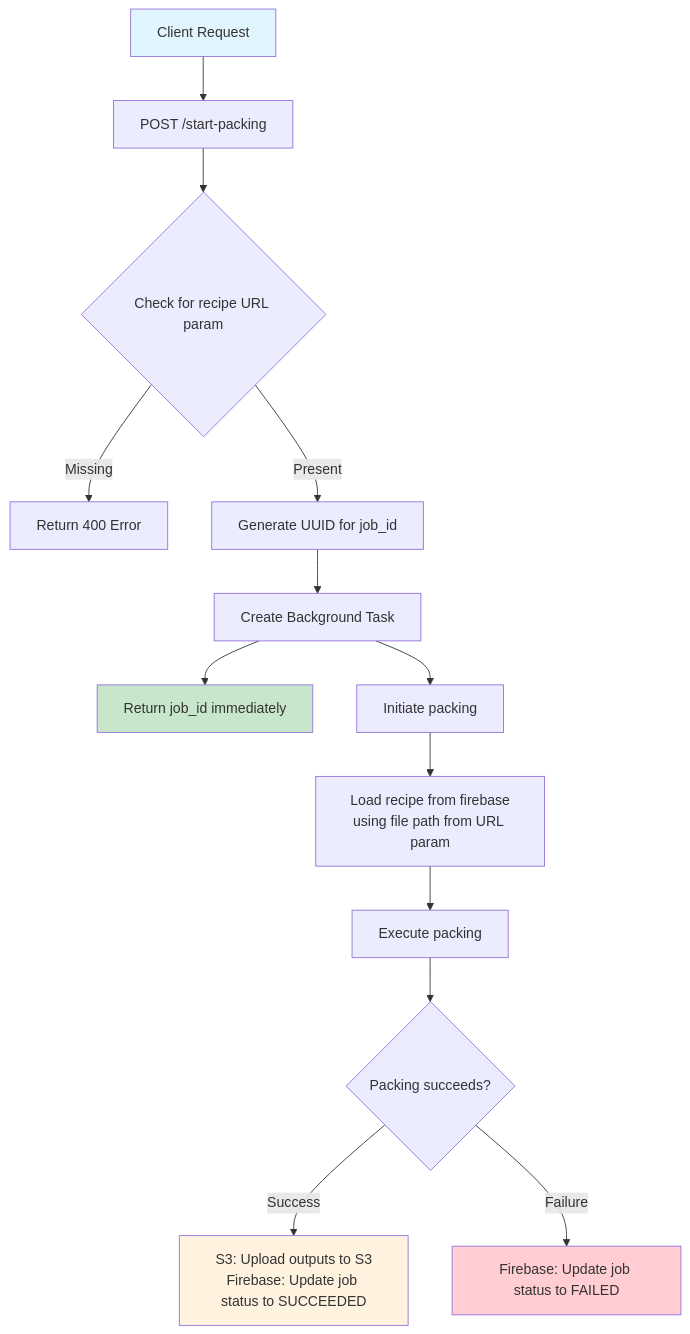
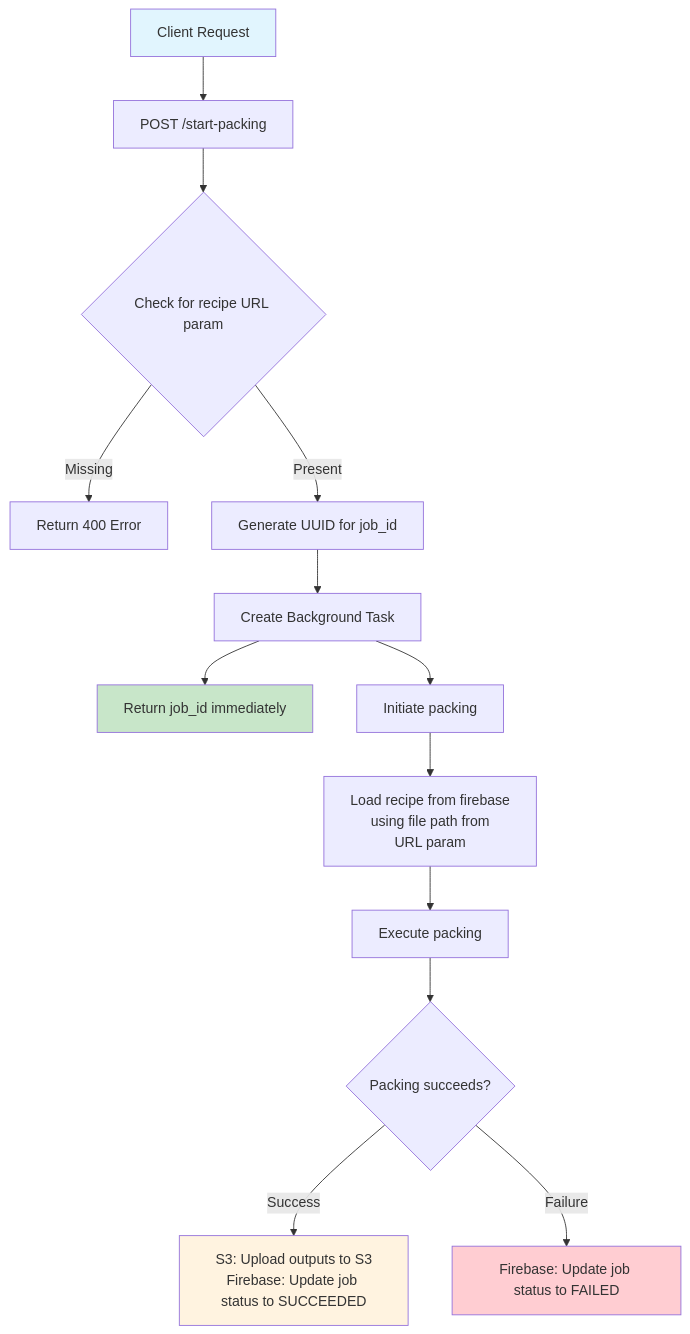
The first of 2 diagrams in server_workflow_diagram.md (mesoscope/cellpack), drawn with Mermaid before and after one commit. The commit also changed other lines of this file, not shown here.

Commit message:
make sure all words show up using breaklines

````diff
--- a/server_workflow_diagram.md
+++ b/server_workflow_diagram.md
@@ -8,20 +8,20 @@
 ```mermaid
 graph TD
     A[Client Request] --> B[POST /start-packing]
     B --> C{Check for recipe URL param}
     C -->|Missing| D[Return 400 Error]
     C -->|Present| E[Generate UUID for job_id]
     E --> F[Create Background Task]
     F --> G[Return job_id immediately]
     F --> I[Initiate packing]
-    I --> J[Load recipe from firebase<br>using file path from URL param]
+    I --> J[Load recipe from firebase<br>using file path from<br>URL param]
     J --> K[Execute packing]
     K --> L{Packing succeeds?}
     L -->|Success| M[S3: Upload outputs to S3<br>Firebase: Update job status to SUCCEEDED]
     L -->|Failure| N[Firebase: Update job status to FAILED]
     
     style A fill:#e1f5fe
     style G fill:#c8e6c9
     style M fill:#fff3e0
     style N fill:#ffcdd2
 ```
````
